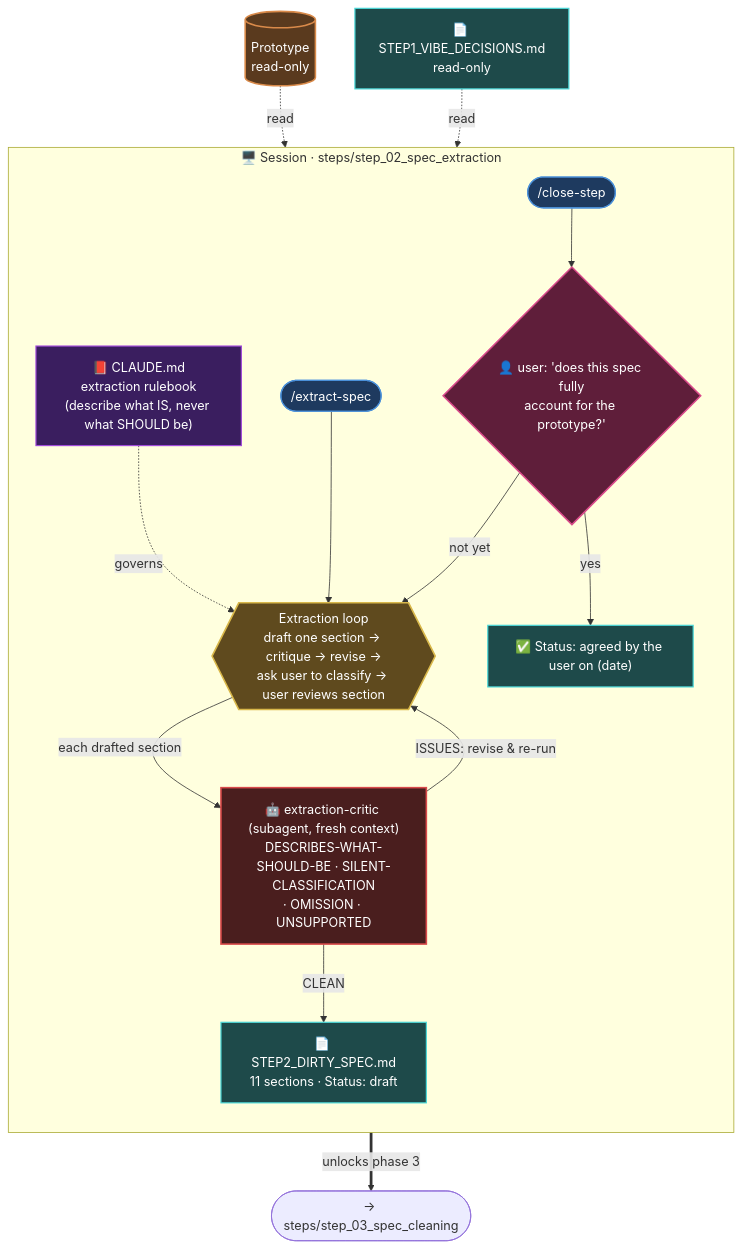
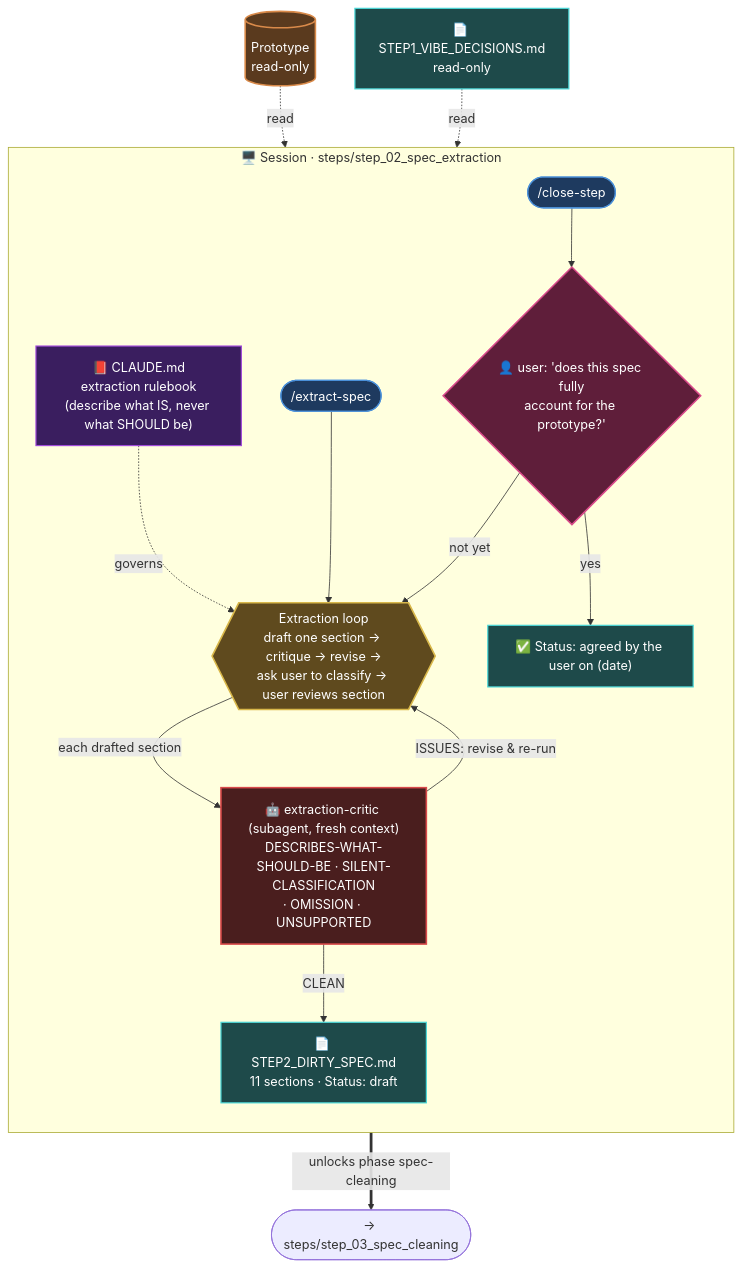
One commit to jeromeetienne/vibe_to_spec changed the third of 6 diagrams in docs/global_workflow.md. Above: the diagram before and after it, drawn with Mermaid. The commit also changed other lines of this file and 9 other files, not shown here.

Commit message:
Shorten phase names to Dirty Spec Extraction / Spec Cleaning and reference phases by name, not number

````diff
--- a/docs/global_workflow.md
+++ b/docs/global_workflow.md
@@ -117,44 +117,44 @@
 ```mermaid
 flowchart TD
     In2a[("Prototype<br/>read-only")]
     In2b["📄 STEP1_VIBE_DECISIONS.md<br/>read-only"]
 
     subgraph S2["🖥️ Session · steps/step_02_spec_extraction"]
         direction TB
         R2["📕 CLAUDE.md<br/>extraction rulebook<br/>(describe what IS, never what SHOULD be)"]
         Cmd2a(["/extract-spec"])
         Cmd2b(["/close-step"])
 
         Loop2{{"Extraction loop<br/>draft one section → critique → revise →<br/>ask user to classify → user reviews section"}}
         Critic2["🤖 extraction-critic (subagent, fresh context)<br/>DESCRIBES-WHAT-SHOULD-BE · SILENT-CLASSIFICATION<br/>· OMISSION · UNSUPPORTED"]
 
         R2 -.governs.-> Loop2
         Cmd2a --> Loop2
         Loop2 -->|"each drafted section"| Critic2
         Critic2 -->|"ISSUES: revise & re-run"| Loop2
         Critic2 -->|"CLEAN"| Draft2["📄 STEP2_DIRTY_SPEC.md<br/>11 sections · Status: draft"]
 
         Cmd2b --> Gate2{"👤 user: 'does this spec fully<br/>account for the prototype?'"}
         Gate2 -->|"not yet"| Loop2
         Gate2 -->|"yes"| Closed2["✅ Status: agreed by the user on (date)"]
     end
 
     In2a -.->|read| Loop2
     In2b -.->|read| Loop2
-    Closed2 ==>|"unlocks phase 3"| Next2(["→ steps/step_03_spec_cleaning"])
+    Closed2 ==>|"unlocks phase spec-cleaning"| Next2(["→ steps/step_03_spec_cleaning"])
 
     classDef rule fill:#3a1e5f,stroke:#a04ad9,stroke-width:1.5px,color:#fff;
     classDef cmd fill:#1e3a5f,stroke:#4a90d9,stroke-width:1.5px,color:#fff;
     classDef loop fill:#5f4a1e,stroke:#d9b84a,stroke-width:2px,color:#fff;
     classDef rec fill:#1e4a4a,stroke:#4ad9d9,stroke-width:1.5px,color:#fff;
     classDef gate fill:#5f1e3a,stroke:#d94a8a,stroke-width:2px,color:#fff;
     classDef code fill:#5a3a1e,stroke:#d98a4a,stroke-width:2px,color:#fff;
     classDef critic fill:#4a1e1e,stroke:#d94a4a,stroke-width:2px,color:#fff;
     class R2 rule;
     class Cmd2a,Cmd2b cmd;
     class Loop2 loop;
     class Draft2,Closed2,In2b rec;
     class Gate2 gate;
     class In2a code;
     class Critic2 critic;
 ```
````
